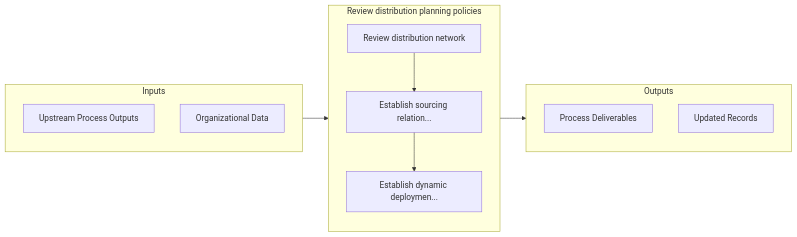
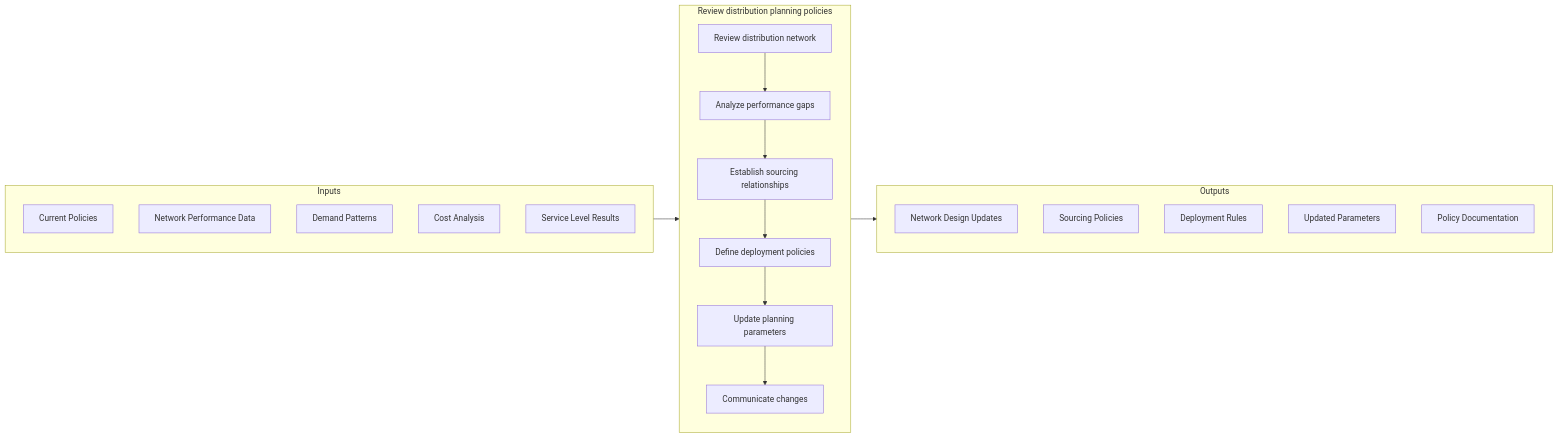
Before and after one commit to kziemski/business.org.ai: the second of 2 diagrams in processes/04-Delivery/4.1-PlanAlignSupplyChain/4.1.7-ReviewDistributionPlanningPolicies/index.mdx, drawn with Mermaid. The commit also changed other lines of this file and 885 other files, not shown here.

````diff
--- a/processes/04-Delivery/4.1-PlanAlignSupplyChain/4.1.7-ReviewDistributionPlanningPolicies/index.mdx
+++ b/processes/04-Delivery/4.1-PlanAlignSupplyChain/4.1.7-ReviewDistributionPlanningPolicies/index.mdx
@@ -61,22 +61,31 @@
 ```mermaid
 flowchart LR
     subgraph Inputs["Inputs"]
-        I1["Upstream Process Outputs"]
-        I2["Organizational Data"]
+        I1["Current Policies"]
+        I2["Network Performance Data"]
+        I3["Demand Patterns"]
+        I4["Cost Analysis"]
+        I5["Service Level Results"]
     end
 
     subgraph Process["Review distribution planning policies"]
         S1["Review distribution network"]
-        S2["Establish sourcing relation..."]
-        S3["Establish dynamic deploymen..."]
+        S2["Analyze performance gaps"]
+        S3["Establish sourcing relationships"]
+        S4["Define deployment policies"]
+        S5["Update planning parameters"]
+        S6["Communicate changes"]
+
+        S1 --> S2 --> S3 --> S4 --> S5 --> S6
     end
 
     subgraph Outputs["Outputs"]
-        O1["Process Deliverables"]
-        O2["Updated Records"]
+        O1["Network Design Updates"]
+        O2["Sourcing Policies"]
+        O3["Deployment Rules"]
+        O4["Updated Parameters"]
+        O5["Policy Documentation"]
     end
 
     Inputs --> Process --> Outputs
-    S1 --> S2
-    S2 --> S3
 ```
````
